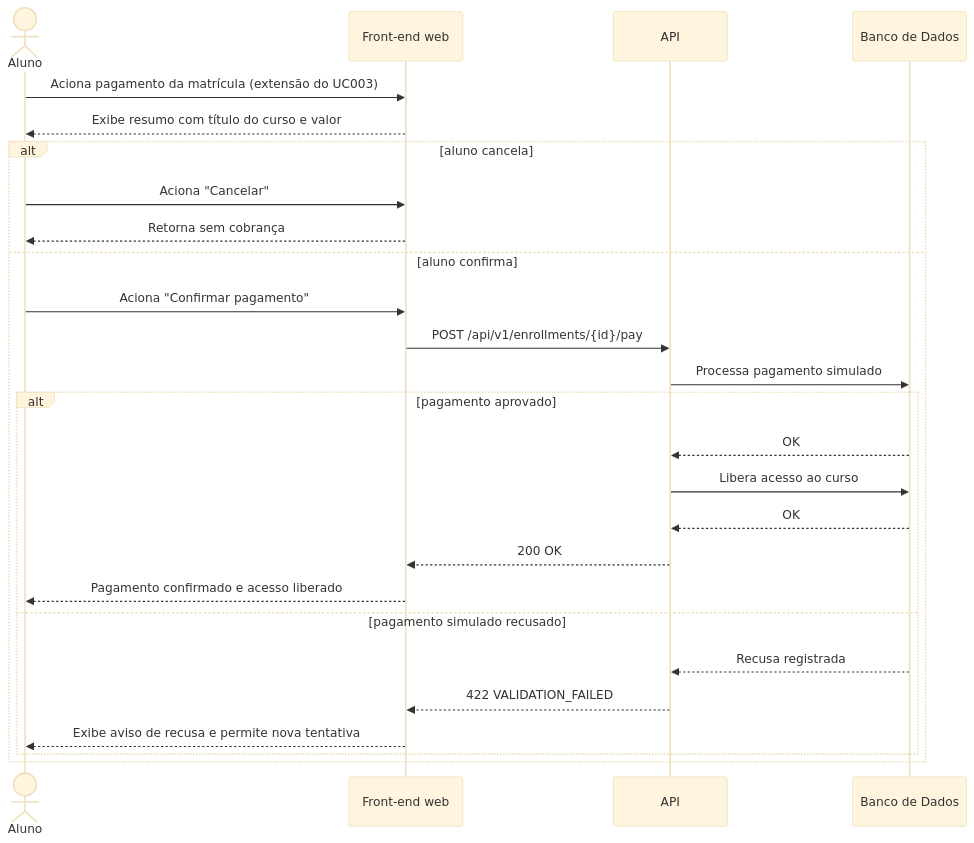
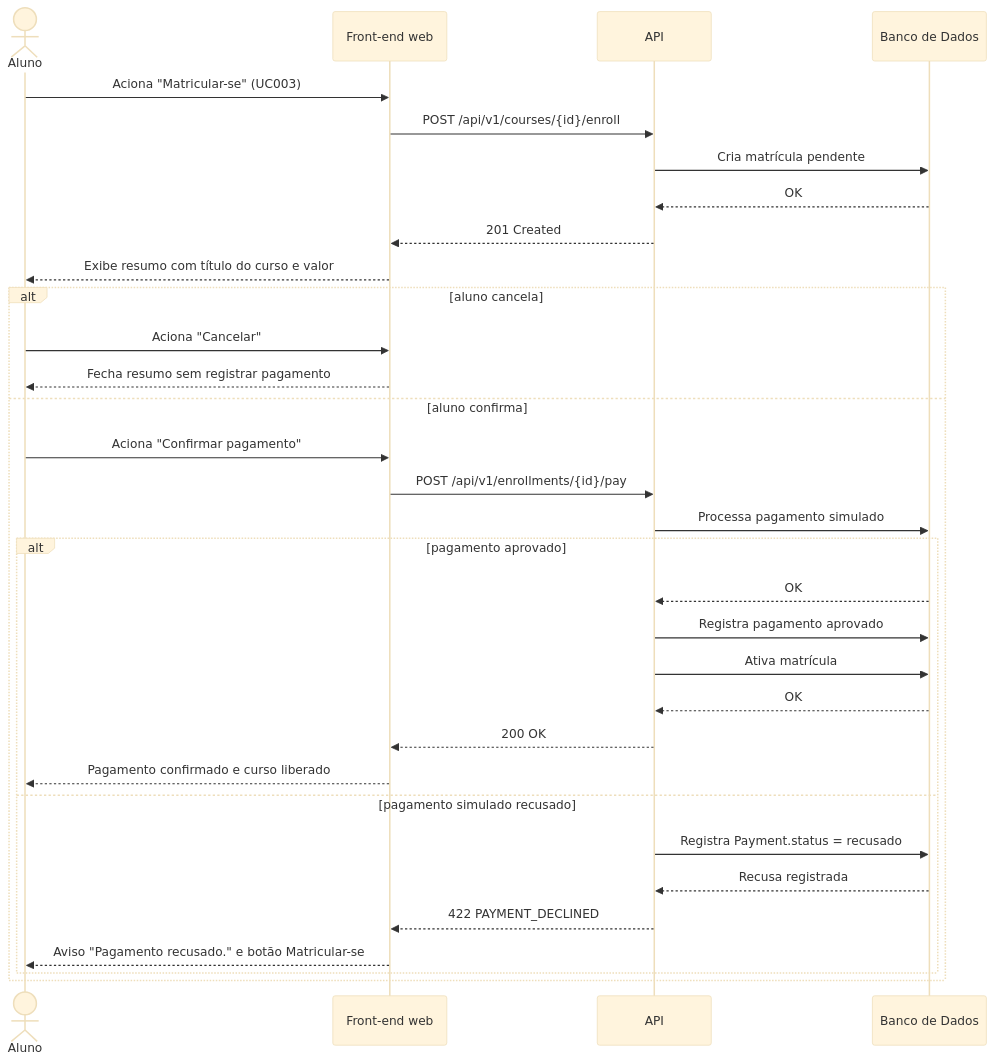
The diagram in docs/ssd/UC019-processar-pagamento-simulado.md (Plataforma-de-Cursos-TCC/plataforma-cursos-docs), drawn with Mermaid (base theme) before and after one commit. The commit also changed other lines of this file and 17 other files, not shown here.

````diff
--- a/docs/ssd/UC019-processar-pagamento-simulado.md
+++ b/docs/ssd/UC019-processar-pagamento-simulado.md
@@ -5,29 +5,35 @@
 ```mermaid
 sequenceDiagram
     actor Aluno
     participant FE as Front-end web
     participant API
     participant DB as Banco de Dados
 
-    Aluno->>FE: Aciona pagamento da matrícula (extensão do UC003)
+    Aluno->>FE: Aciona "Matricular-se" (UC003)
+    FE->>API: POST /api/v1/courses/{id}/enroll
+    API->>DB: Cria matrícula pendente
+    DB-->>API: OK
+    API-->>FE: 201 Created
     FE-->>Aluno: Exibe resumo com título do curso e valor
     alt aluno cancela
         Aluno->>FE: Aciona "Cancelar"
-        FE-->>Aluno: Retorna sem cobrança
+        FE-->>Aluno: Fecha resumo sem registrar pagamento
     else aluno confirma
         Aluno->>FE: Aciona "Confirmar pagamento"
         FE->>API: POST /api/v1/enrollments/{id}/pay
         API->>DB: Processa pagamento simulado
         alt pagamento aprovado
             DB-->>API: OK
-            API->>DB: Libera acesso ao curso
+            API->>DB: Registra pagamento aprovado
+            API->>DB: Ativa matrícula
             DB-->>API: OK
             API-->>FE: 200 OK
-            FE-->>Aluno: Pagamento confirmado e acesso liberado
+            FE-->>Aluno: Pagamento confirmado e curso liberado
         else pagamento simulado recusado
+            API->>DB: Registra Payment.status = recusado
             DB-->>API: Recusa registrada
-            API-->>FE: 422 VALIDATION_FAILED
-            FE-->>Aluno: Exibe aviso de recusa e permite nova tentativa
+            API-->>FE: 422 PAYMENT_DECLINED
+            FE-->>Aluno: Aviso "Pagamento recusado." e botão Matricular-se
         end
     end
 ```
````
